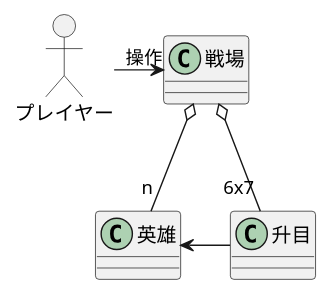
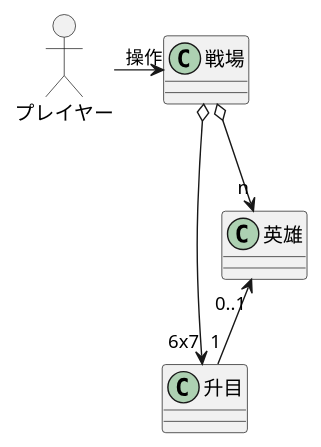
Before and after one commit to turanukimaru/fehs: the diagram in fehsbattlemodel/uml/戦場２.puml, drawn with PlantUML. The commit also changed 8 other files, not shown here.

```diff
--- a/fehsbattlemodel/uml/戦場２.puml
+++ b/fehsbattlemodel/uml/戦場２.puml
@@ -1,17 +1,17 @@
 @startuml
 allow_mixing
 class "戦場" as Entity {
 }
 
 class "升目" as Square {
 }
 
 class "英雄" as Hero {
 }
 
 Actor "プレイヤー" as Player
 Player "操作" -> Entity
-Entity  o-- "n" Hero
-Entity  o-- "6x7" Square
-Hero <- Square
+Entity  o--> "n" Hero
+Entity  o--> "6x7" Square
+Hero "0..1" <-- "1" Square
 @enduml
```
